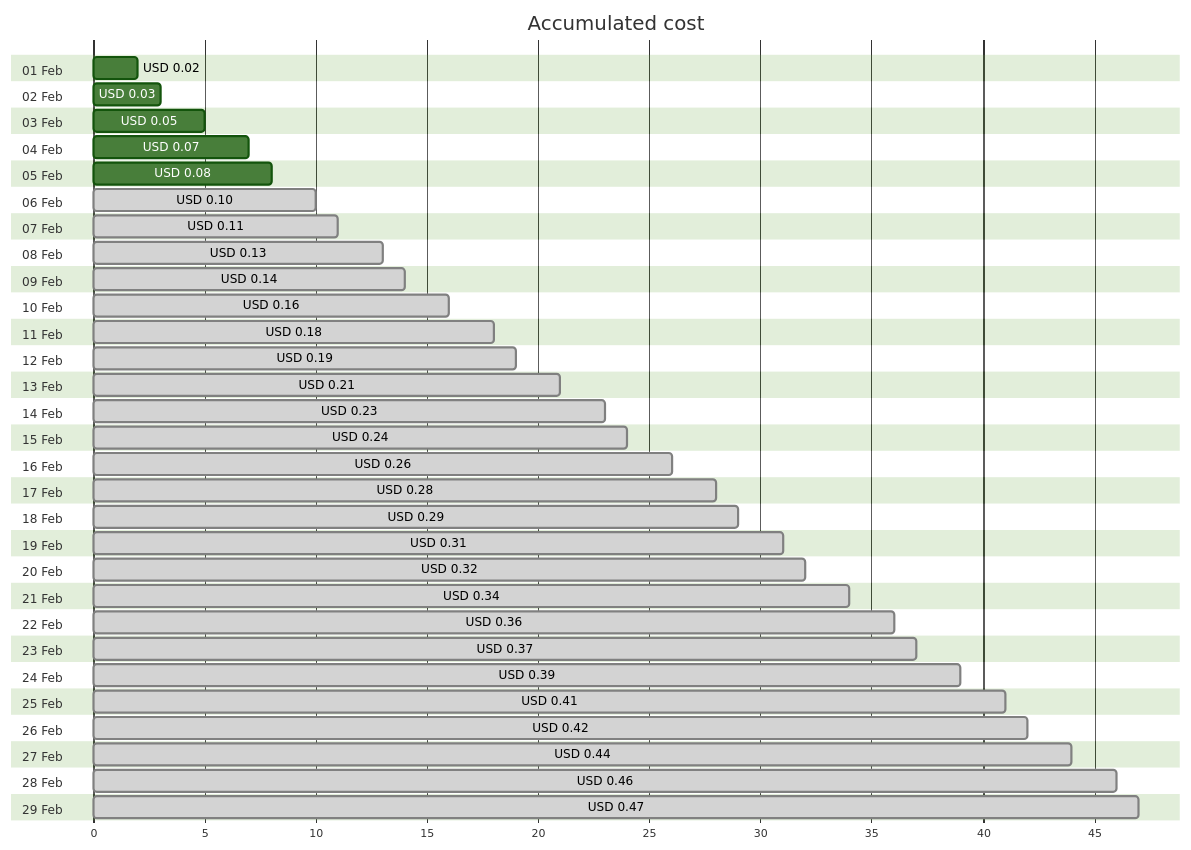
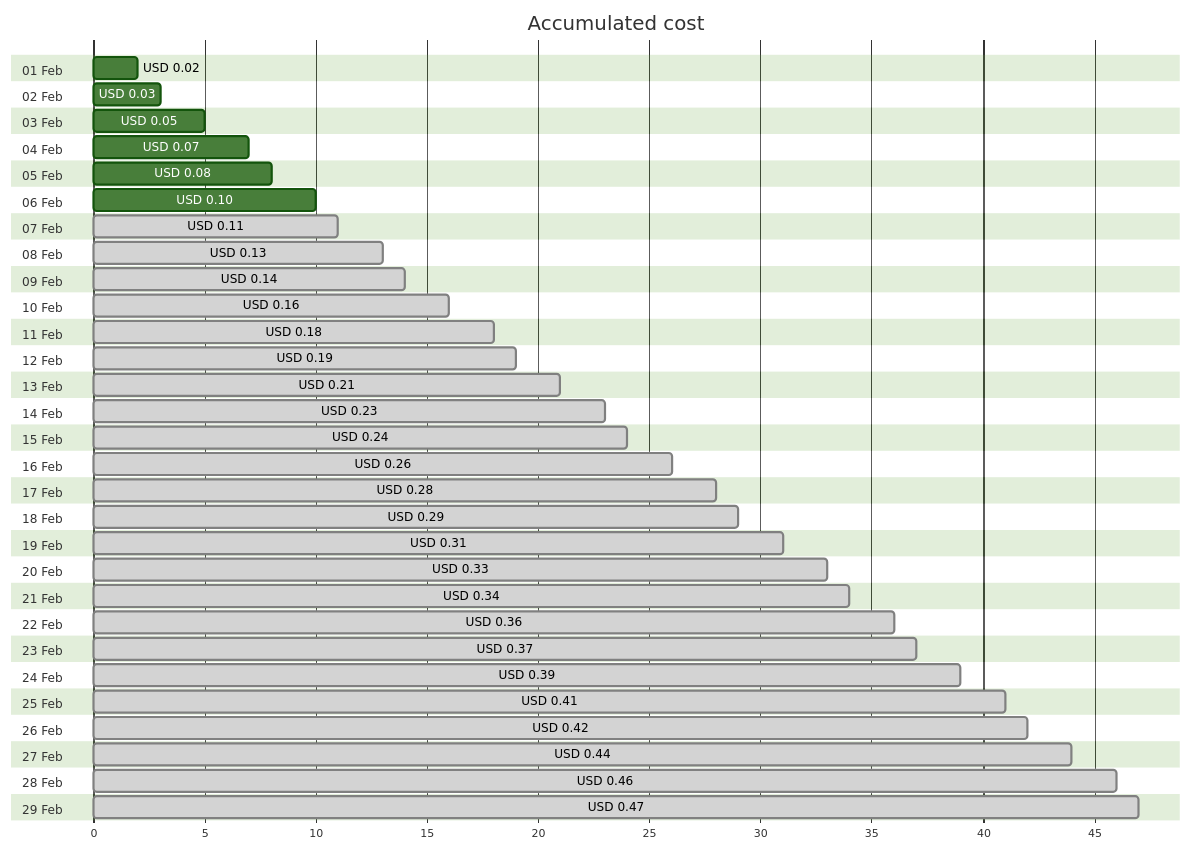
Before and after one commit to jpfulton/azure-personal-reports: the first of 4 diagrams in cost-reports/personal-dns/jpatrickfulton.dev.md, drawn with Mermaid (forest theme). The commit also changed other lines of this file and 2 other files, not shown here.

````diff
--- a/cost-reports/personal-dns/jpatrickfulton.dev.md
+++ b/cost-reports/personal-dns/jpatrickfulton.dev.md
@@ -20,64 +20,64 @@
 ```mermaid
 gantt
    title Accumulated cost
    dateFormat  X
    axisFormat %s
    section 01 Feb
    USD 0.02 :0, 2
    section 02 Feb
    USD 0.03 :0, 3
    section 03 Feb
    USD 0.05 :0, 5
    section 04 Feb
    USD 0.07 :0, 7
    section 05 Feb
    USD 0.08 :0, 8
    section 06 Feb
-   USD 0.10 : done, 0, 10
+   USD 0.10 :0, 10
    section 07 Feb
    USD 0.11 : done, 0, 11
    section 08 Feb
    USD 0.13 : done, 0, 13
    section 09 Feb
    USD 0.14 : done, 0, 14
    section 10 Feb
    USD 0.16 : done, 0, 16
    section 11 Feb
    USD 0.18 : done, 0, 18
    section 12 Feb
    USD 0.19 : done, 0, 19
    section 13 Feb
    USD 0.21 : done, 0, 21
    section 14 Feb
    USD 0.23 : done, 0, 23
    section 15 Feb
    USD 0.24 : done, 0, 24
    section 16 Feb
    USD 0.26 : done, 0, 26
    section 17 Feb
    USD 0.28 : done, 0, 28
    section 18 Feb
    USD 0.29 : done, 0, 29
    section 19 Feb
    USD 0.31 : done, 0, 31
    section 20 Feb
-   USD 0.32 : done, 0, 32
+   USD 0.33 : done, 0, 33
    section 21 Feb
    USD 0.34 : done, 0, 34
    section 22 Feb
    USD 0.36 : done, 0, 36
    section 23 Feb
    USD 0.37 : done, 0, 37
    section 24 Feb
    USD 0.39 : done, 0, 39
    section 25 Feb
    USD 0.41 : done, 0, 41
    section 26 Feb
    USD 0.42 : done, 0, 42
    section 27 Feb
    USD 0.44 : done, 0, 44
    section 28 Feb
    USD 0.46 : done, 0, 46
    section 29 Feb
    USD 0.47 : done, 0, 47
 ```
````
